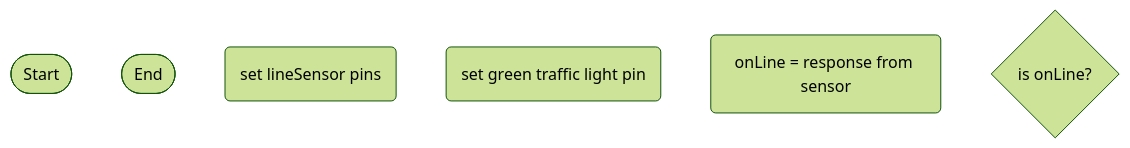
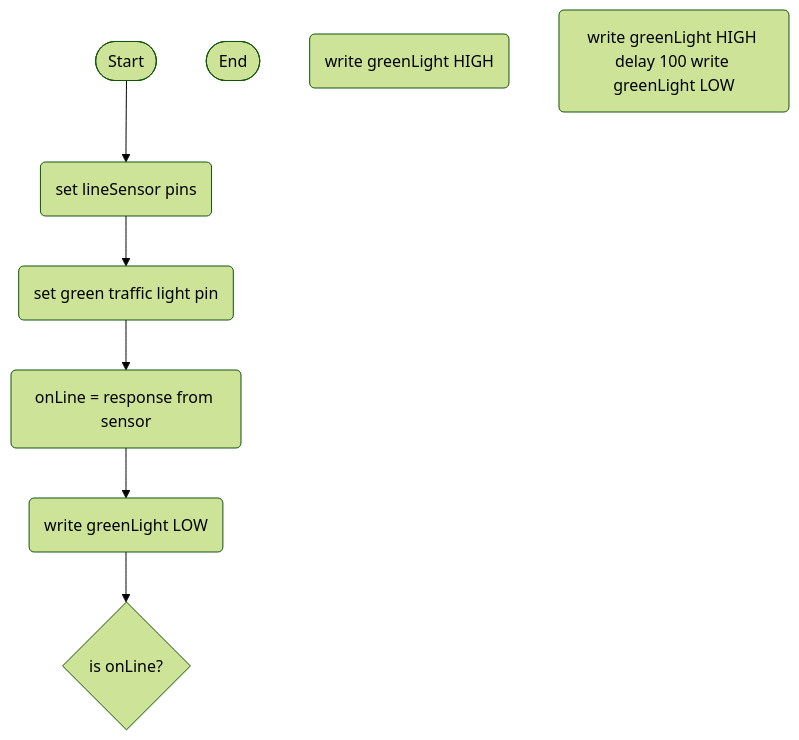
Before and after one commit to Deltace05/SmartDog: the second of 2 diagrams in logic.md, drawn with Mermaid (forest theme).

````diff
--- a/logic.md
+++ b/logic.md
@@ -52,12 +52,19 @@
 ```mermaid
 flowchart TD
 terminalStart([Start])
 terminalEnd([End])
 declareLineSensor(set lineSensor pins)
 setGreenLight(set green traffic light pin)
 lineSensorData(onLine = response from sensor)
+resetLight(write greenLight LOW)
 ifOnLine{is onLine?}
+isOnLine(write greenLight HIGH)
+isNotOnLine(write greenLight HIGH delay 100 write greenLight LOW)
 
-
+terminalStart --> declareLineSensor
+declareLineSensor --> setGreenLight
+setGreenLight --> lineSensorData
+lineSensorData --> resetLight
+resetLight --> ifOnLine
 
 ```
````
